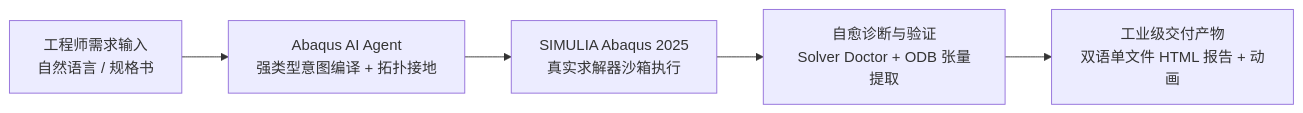
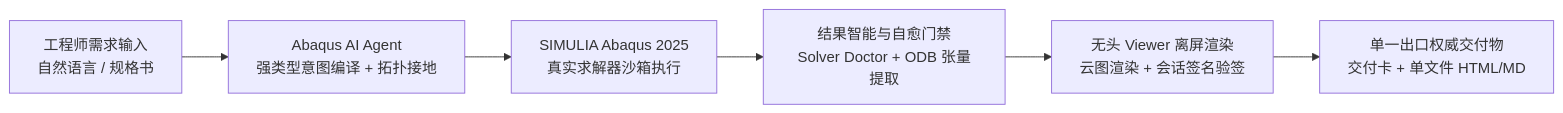
The first of 2 diagrams in README_CN.md (chenlei-gh/Abaqus-AI-Agent), drawn with Mermaid before and after one commit. The commit also changed other lines of this file and 46 other files, not shown here.

````diff
--- a/README_CN.md
+++ b/README_CN.md
@@ -31,7 +30,8 @@
 ```mermaid
 graph LR
     A[工程师需求输入<br>自然语言 / 规格书] --> B[Abaqus AI Agent<br>强类型意图编译 + 拓扑接地]
     B --> C[SIMULIA Abaqus 2025<br>真实求解器沙箱执行]
-    C --> D[自愈诊断与验证<br>Solver Doctor + ODB 张量提取]
-    D --> E[工业级交付产物<br>双语单文件 HTML 报告 + 动画]
+    C --> D[结果智能与自愈门禁<br>Solver Doctor + ODB 张量提取]
+    D --> E[无头 Viewer 离屏渲染<br>云图渲染 + 会话签名验签]
+    E --> F[单一出口权威交付物<br>交付卡 + 单文件 HTML/MD]
 ```
````
